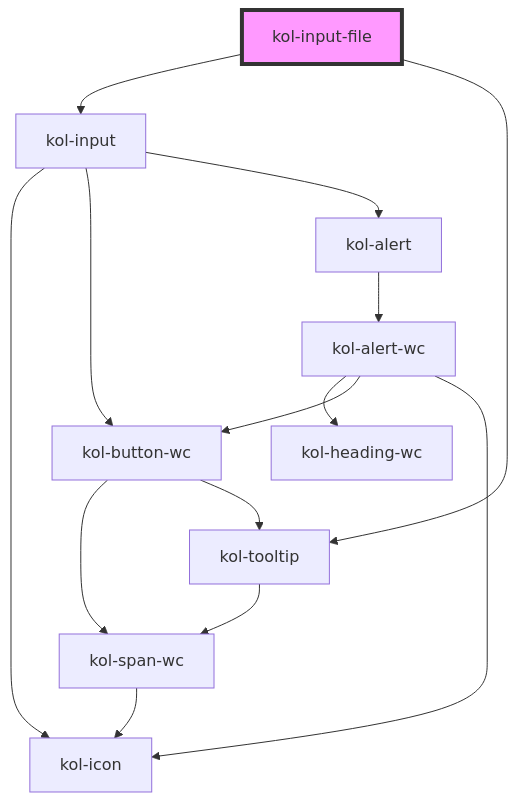
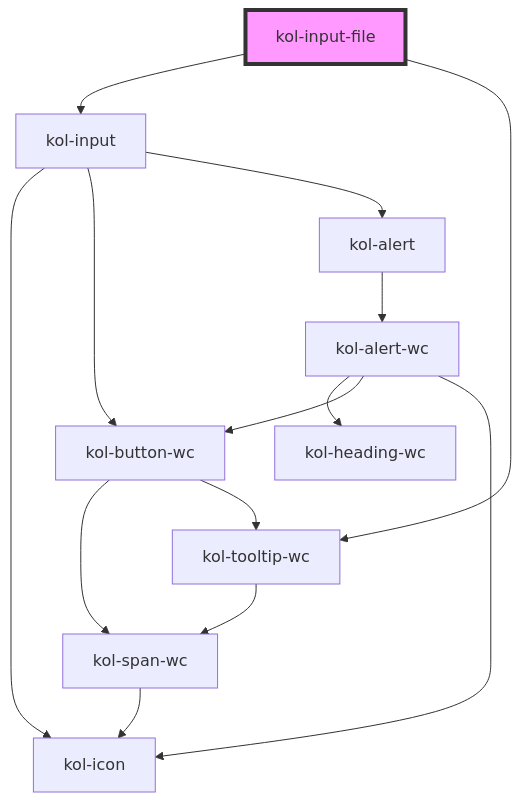
One commit to public-ui/kolibri changed the diagram in packages/components/src/components/input-file/readme.md. Above: the diagram before and after it, drawn with Mermaid. The commit also changed other lines of this file and 99 other files, not shown here.

````diff
--- a/packages/components/src/components/input-file/readme.md
+++ b/packages/components/src/components/input-file/readme.md
@@ -83,17 +83,17 @@
 ```mermaid
 graph TD;
   kol-input-file --> kol-input
-  kol-input-file --> kol-tooltip
+  kol-input-file --> kol-tooltip-wc
   kol-input --> kol-icon
   kol-input --> kol-button-wc
   kol-input --> kol-alert
   kol-button-wc --> kol-span-wc
-  kol-button-wc --> kol-tooltip
+  kol-button-wc --> kol-tooltip-wc
   kol-span-wc --> kol-icon
-  kol-tooltip --> kol-span-wc
+  kol-tooltip-wc --> kol-span-wc
   kol-alert --> kol-alert-wc
   kol-alert-wc --> kol-heading-wc
   kol-alert-wc --> kol-button-wc
   kol-alert-wc --> kol-icon
   style kol-input-file fill:#f9f,stroke:#333,stroke-width:4px
 ```
````
